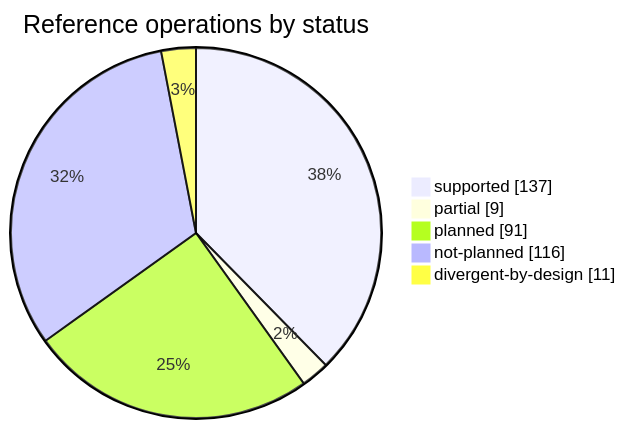
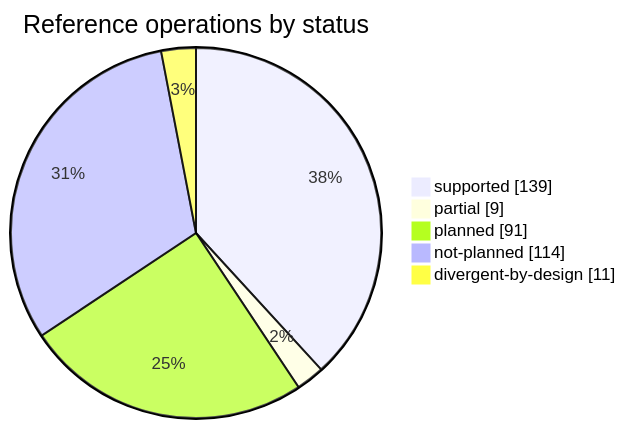
The first of 2 diagrams in docs/COVERAGE.md (rafaelvieiras/tinyfin), drawn with Mermaid before and after one commit. The commit also changed other lines of this file and 34 other files, not shown here.

````diff
--- a/docs/COVERAGE.md
+++ b/docs/COVERAGE.md
@@ -32,8 +32,8 @@
 ```mermaid
 pie showData title Reference operations by status
-    "supported" : 137
+    "supported" : 139
     "partial" : 9
     "planned" : 91
-    "not-planned" : 116
+    "not-planned" : 114
     "divergent-by-design" : 11
 ```
````
